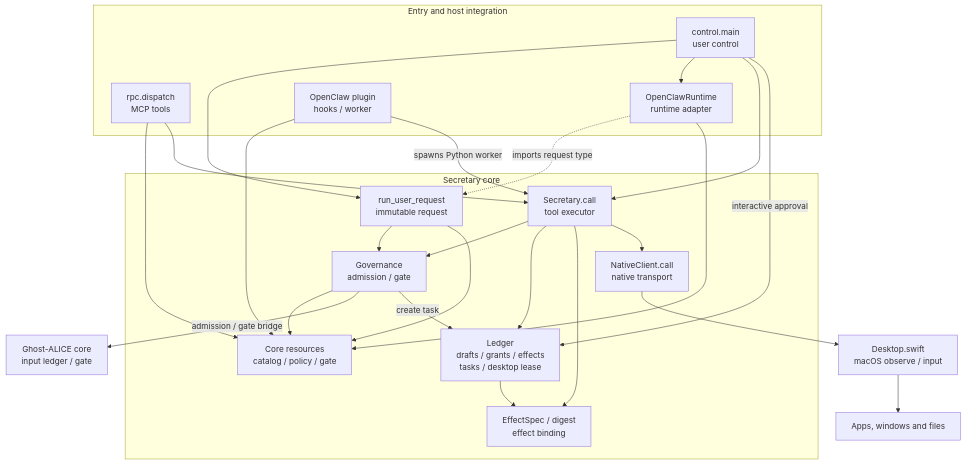
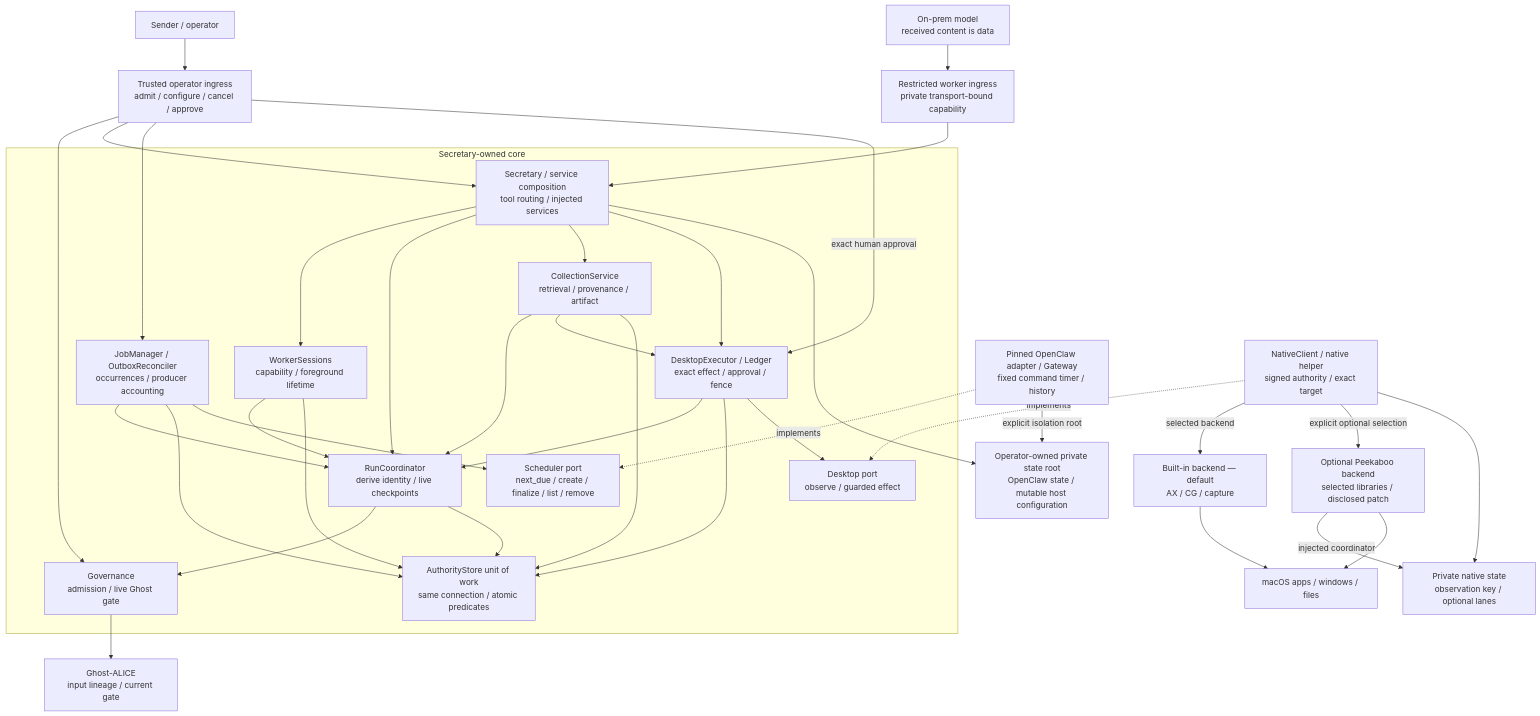
Before and after one commit to AidALL/ghost-alice-ai-secretary: the first of 5 diagrams in ARCHITECTURE.md, drawn with Mermaid. The commit also changed other lines of this file and 746 other files, not shown here.

Commit message:
feat: add governed collection, timers and optional Peekaboo backend

````diff
--- a/ARCHITECTURE.md
+++ b/ARCHITECTURE.md
@@ -19,44 +24,58 @@
 ```mermaid
-flowchart TD
-    subgraph Entry["Entry and host integration"]
-        Control["control.main<br/>user control"]
-        MCP["rpc.dispatch<br/>MCP tools"]
-        Adapter["OpenClawRuntime<br/>runtime adapter"]
-        Plugin["OpenClaw plugin<br/>hooks / worker"]
+flowchart TB
+    User["Sender / operator"] --> Control["Trusted operator ingress<br/>admit / configure / cancel / approve"]
+    Model["On-prem model<br/>received content is data"] --> Worker["Restricted worker ingress<br/>private transport-bound capability"]
+    subgraph Core["Secretary-owned core"]
+        Composition["Secretary / service composition<br/>tool routing / injected services"]
+        Coordinator["RunCoordinator<br/>derive identity / live checkpoints"]
+        Gate["Governance<br/>admission / live Ghost gate"]
+        Sessions["WorkerSessions<br/>capability / foreground lifetime"]
+        Jobs["JobManager / OutboxReconciler<br/>occurrences / producer accounting"]
+        Collection["CollectionService<br/>retrieval / provenance / artifact"]
+        Effects["DesktopExecutor / Ledger<br/>exact effect / approval / fence"]
+        Store["AuthorityStore unit of work<br/>same connection / atomic predicates"]
+        TimerPort["Scheduler port<br/>next_due / create / finalize / list / remove"]
+        DesktopPort["Desktop port<br/>observe / guarded effect"]
     end
-    subgraph Core["Secretary core"]
-        Runtime["run_user_request<br/>immutable request"]
-        Governance["Governance<br/>admission / gate"]
-        Resources["Core resources<br/>catalog / policy / gate"]
-        Executor["Secretary.call<br/>tool executor"]
-        Ledger["Ledger<br/>drafts / grants / effects<br/>tasks / desktop lease"]
-        Contracts["EffectSpec / digest<br/>effect binding"]
-        NativeClient["NativeClient.call<br/>native transport"]
-    end
-    Ghost["Ghost-ALICE core<br/>input ledger / gate"]
-    Native["Desktop.swift<br/>macOS observe / input"]
-    Desktop["Apps, windows and files"]
-
-    Control --> Runtime
-    Control --> Adapter
-    Control --> Executor
-    Control -->|"interactive approval"| Ledger
-    Runtime --> Governance
-    Runtime --> Resources
-    Adapter -.->|"imports request type"| Runtime
-    Adapter --> Resources
-    Plugin --> Resources
-    Plugin -->|"spawns Python worker"| Executor
-    MCP --> Resources
-    MCP --> Executor
-    Executor --> Governance
-    Executor --> Ledger
-    Executor --> Contracts
-    Executor --> NativeClient
-    Governance --> Resources
-    Governance -->|"admission / gate bridge"| Ghost
-    Governance -->|"create task"| Ledger
-    Ledger --> Contracts
-    NativeClient --> Native
-    Native --> Desktop
+    Ghost["Ghost-ALICE<br/>input lineage / current gate"]
+    OpenClaw["Pinned OpenClaw adapter / Gateway<br/>fixed command timer / history"]
+    Native["NativeClient / native helper<br/>signed authority / exact target"]
+    Builtin["Built-in backend — default<br/>AX / CG / capture"]
+    Peekaboo["Optional Peekaboo backend<br/>selected libraries / disclosed patch"]
+    Private["Private native state<br/>observation key / optional lanes"]
+    RuntimeConfig["Operator-owned private state root<br/>OpenClaw state / mutable host configuration"]
+    OS["macOS apps / windows / files"]
+    Control --> Gate
+    Control --> Composition
+    Control --> Jobs
+    Control -->|"exact human approval"| Effects
+    Worker --> Composition
+    Composition --> Sessions
+    Composition --> Coordinator
+    Composition --> Collection
+    Composition --> Effects
+    Sessions --> Coordinator
+    Sessions --> Store
+    Coordinator --> Gate
+    Coordinator --> Store
+    Jobs --> Coordinator
+    Jobs --> Store
+    Jobs --> TimerPort
+    Collection --> Coordinator
+    Collection --> Effects
+    Collection --> Store
+    Effects --> Coordinator
+    Effects --> Store
+    Effects --> DesktopPort
+    Gate --> Ghost
+    OpenClaw -.->|"implements"| TimerPort
+    Composition --> RuntimeConfig
+    OpenClaw -->|"explicit isolation root"| RuntimeConfig
+    Native -.->|"implements"| DesktopPort
+    Native -->|"selected backend"| Builtin
+    Native -->|"explicit optional selection"| Peekaboo
+    Native --> Private
+    Peekaboo -->|"injected coordinator"| Private
+    Builtin --> OS
+    Peekaboo --> OS
 ```
````
